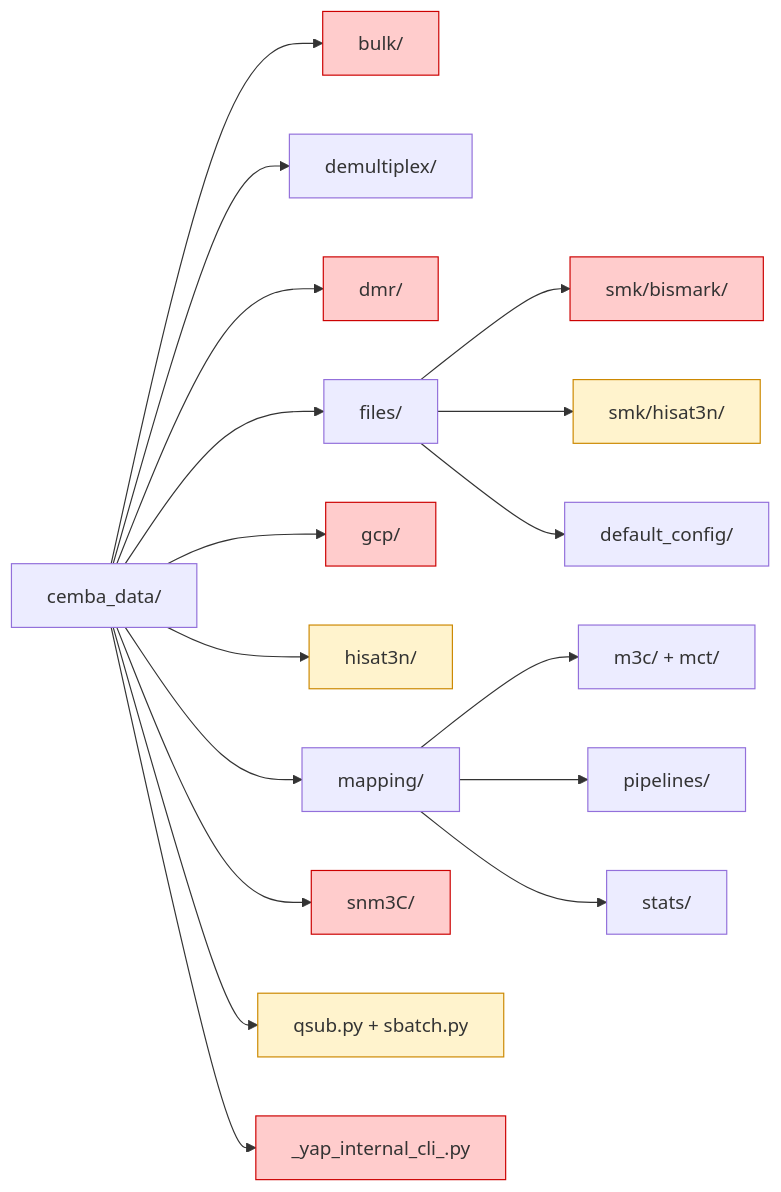
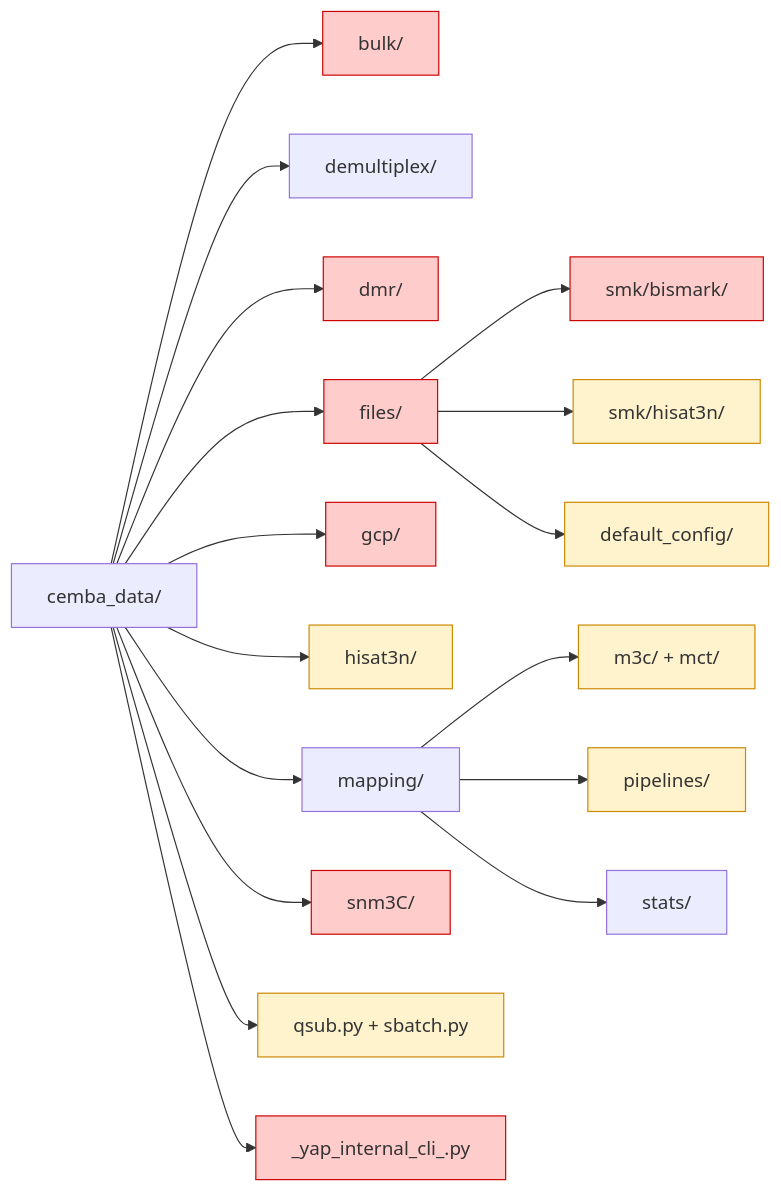
Before and after one commit to mbatiuk/cemba_data: the first of 2 diagrams in docs/cemba_data_changes_report.qmd, drawn with Mermaid. The commit also changed other lines of this file and 1 other file, not shown here.

Commit message:
improve documentation

````diff
--- a/docs/cemba_data_changes_report.qmd
+++ b/docs/cemba_data_changes_report.qmd
@@ -103,34 +103,38 @@
 ```{mermaid}
 %%{init: {'theme': 'default', 'themeVariables': {'fontSize': '16px'}}}%%
 graph LR
   R["cemba_data/"]
 
   R --> B1["bulk/"]
   R --> D1["demultiplex/"]
   R --> D2["dmr/"]
   R --> F1["files/"]
   R --> G1["gcp/"]
   R --> H1["hisat3n/"]
   R --> M1["mapping/"]
   R --> S1["snm3C/"]
   R --> Q["qsub.py + sbatch.py"]
   R --> CLI["_yap_internal_cli_.py"]
 
   F1 --> F2["smk/bismark/"]
   F1 --> F3["smk/hisat3n/"]
   F1 --> F4["default_config/"]
 
   M1 --> M2["m3c/ + mct/"]
   M1 --> M4["pipelines/"]
   M1 --> M5["stats/"]
 
   style B1 fill:#ffcccc,stroke:#cc0000
   style D2 fill:#ffcccc,stroke:#cc0000
+  style F1 fill:#ffcccc,stroke:#cc0000
   style G1 fill:#ffcccc,stroke:#cc0000
   style S1 fill:#ffcccc,stroke:#cc0000
   style F2 fill:#ffcccc,stroke:#cc0000
   style CLI fill:#ffcccc,stroke:#cc0000
   style Q fill:#fff3cd,stroke:#cc8800
   style F3 fill:#fff3cd,stroke:#cc8800
+  style F4 fill:#fff3cd,stroke:#cc8800
+  style M2 fill:#fff3cd,stroke:#cc8800
+  style M4 fill:#fff3cd,stroke:#cc8800
   style H1 fill:#fff3cd,stroke:#cc8800
 ```
````
